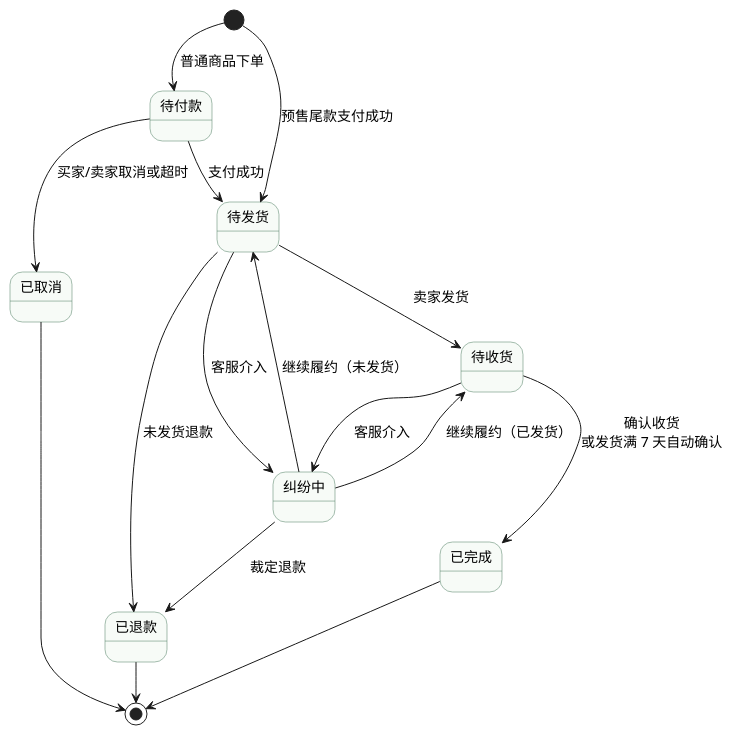
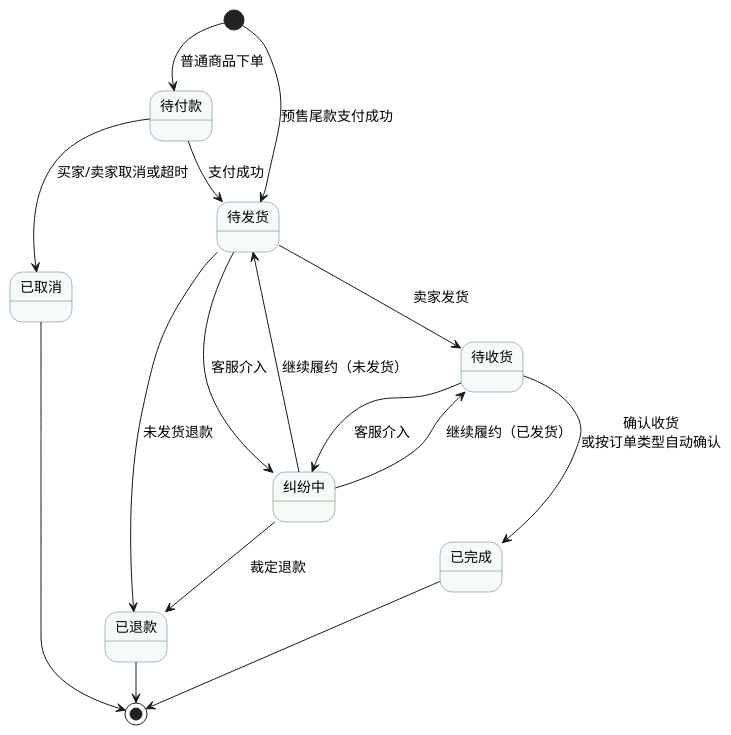
The diagram in lab02/UML/订单状态图.puml (XuHR233/SE-lab1-requirements), drawn with PlantUML before and after one commit. The commit also changed 17 other files, not shown here.

Commit message:
docs: 补充实验二报告说明并修正图文一致性

```diff
--- a/lab02/UML/订单状态图.puml
+++ b/lab02/UML/订单状态图.puml
@@ -1,43 +1,43 @@
 @startuml
 ' 实验二 · 二手交易系统 · 订单状态图（课堂版：7 个状态 + 关键迁移）
 ' 锁货、退款放货、超时规则、商品状态联动等细节写在报告中，图内不展开
 skinparam defaultFontName "Microsoft YaHei"
 skinparam defaultFontSize 14
 skinparam shadowing false
 skinparam nodesep 30
 skinparam ranksep 40
 skinparam state {
   BackgroundColor #F7FBF7
   BorderColor #4B7A5E
 }
 
 state "待付款" as O1
 state "待发货" as O2
 state "待收货" as O3
 state "已完成" as O4
 state "已取消" as O5
 state "已退款" as O6
 state "纠纷中" as O7
 
 [*] --> O1 : 普通商品下单
 [*] --> O2 : 预售尾款支付成功
 
 O1 --> O2 : 支付成功
 O1 --> O5 : 买家/卖家取消或超时
 
 O2 --> O3 : 卖家发货
 O2 --> O6 : 未发货退款
 O2 --> O7 : 客服介入
 
-O3 --> O4 : 确认收货\n或发货满 7 天自动确认
+O3 --> O4 : 确认收货\n或按订单类型自动确认
 O3 --> O7 : 客服介入
 
 O7 --> O2 : 继续履约（未发货）
 O7 --> O3 : 继续履约（已发货）
 O7 --> O6 : 裁定退款
 
 O4 --> [*]
 O5 --> [*]
 O6 --> [*]
 
 @enduml
```
